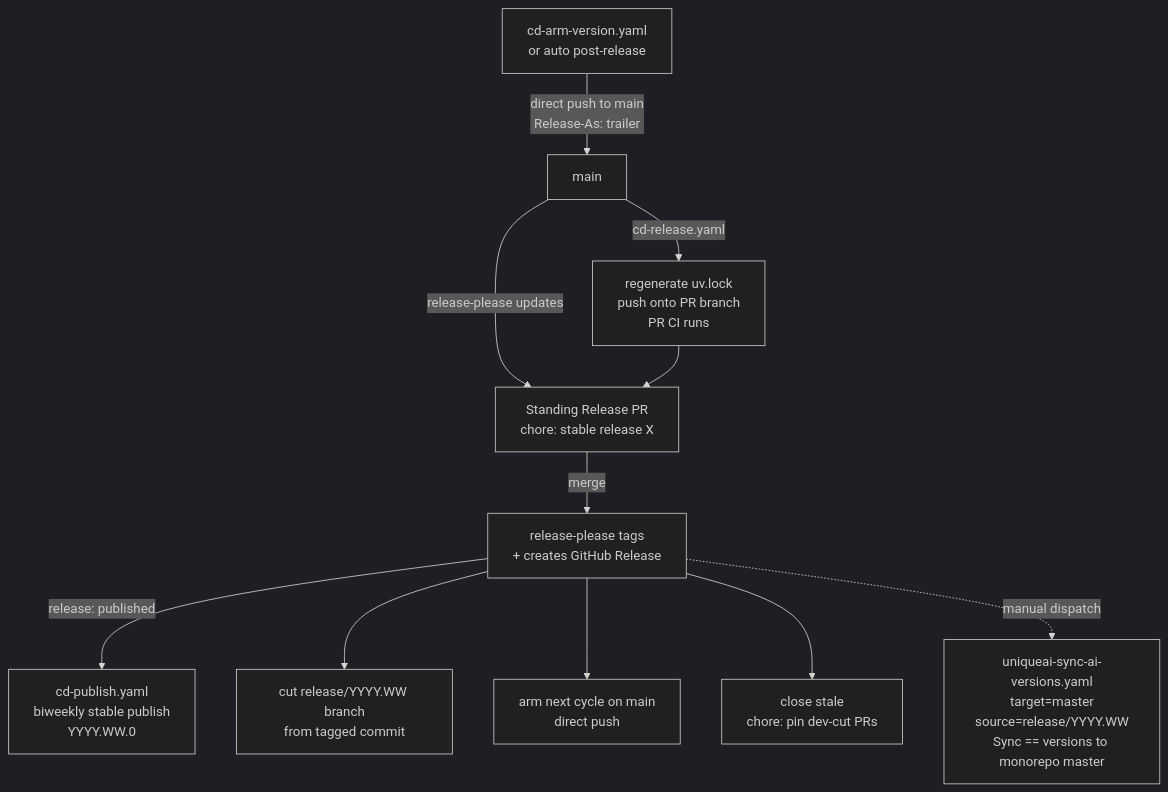
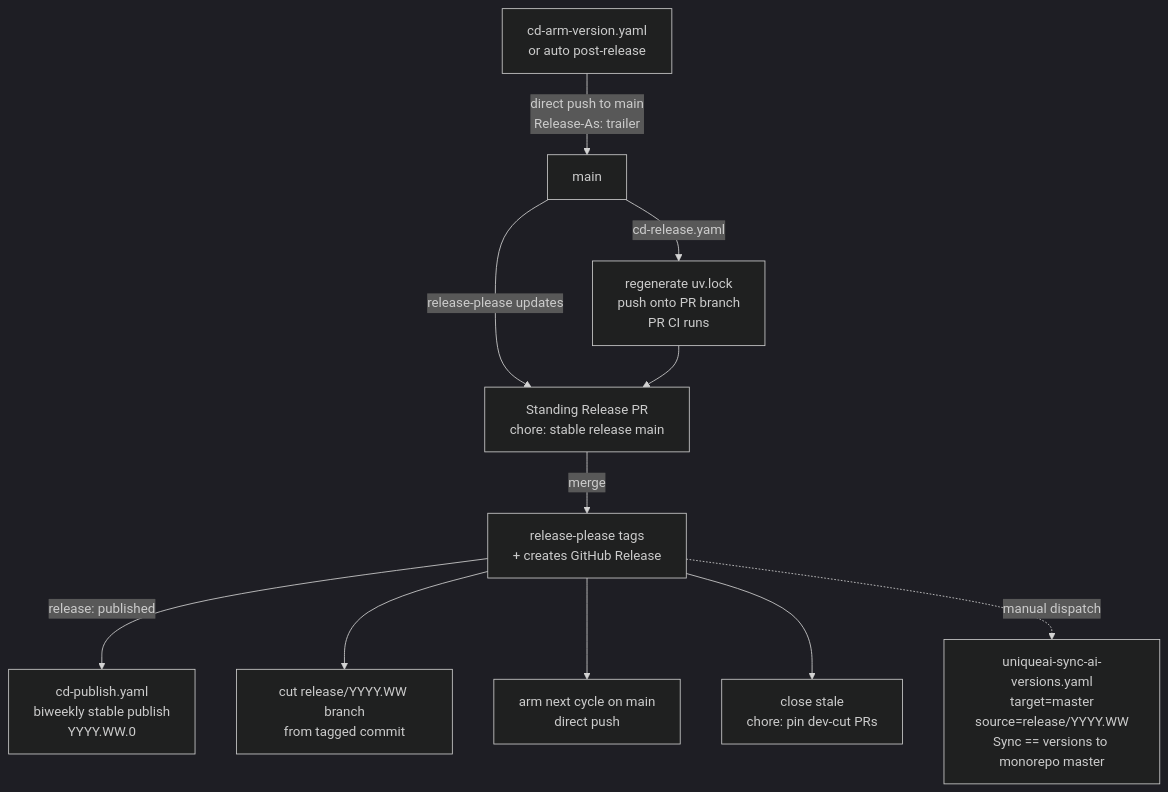
One commit to Unique-AG/ai changed the third of 4 diagrams in docs/contributing/release-process.md. Above: the diagram before and after it, drawn with Mermaid (dark theme). The commit also changed other lines of this file and 3 other files, not shown here.

First line of the commit message:
docs(release): fix standing Release PR title to stable release main

````diff
--- a/docs/contributing/release-process.md
+++ b/docs/contributing/release-process.md
@@ -182,13 +183,13 @@
 ```mermaid
 flowchart TD
     ARM[cd-arm-version.yaml<br/>or auto post-release] -->|direct push to main<br/>Release-As: trailer| MAIN[main]
-    MAIN -->|release-please updates| RPR[Standing Release PR<br/>chore: stable release X]
+    MAIN -->|release-please updates| RPR[Standing Release PR<br/>chore: stable release main]
     MAIN -->|cd-release.yaml| LOCK[regenerate uv.lock<br/>push onto PR branch<br/>PR CI runs]
     LOCK --> RPR
     RPR -->|merge| TAG[release-please tags<br/>+ creates GitHub Release]
     TAG -->|release: published| PUB[cd-publish.yaml<br/>biweekly stable publish<br/>YYYY.WW.0]
     TAG --> CUT[cut release/YYYY.WW branch<br/>from tagged commit]
     TAG --> NEXT[arm next cycle on main<br/>direct push]
     TAG --> CLOSE[close stale<br/>chore: pin dev-cut PRs]
     TAG -.manual dispatch.-> SYNC[uniqueai-sync-ai-versions.yaml<br/>target=master<br/>source=release/YYYY.WW<br/>Sync == versions to monorepo master]
 ```
````
